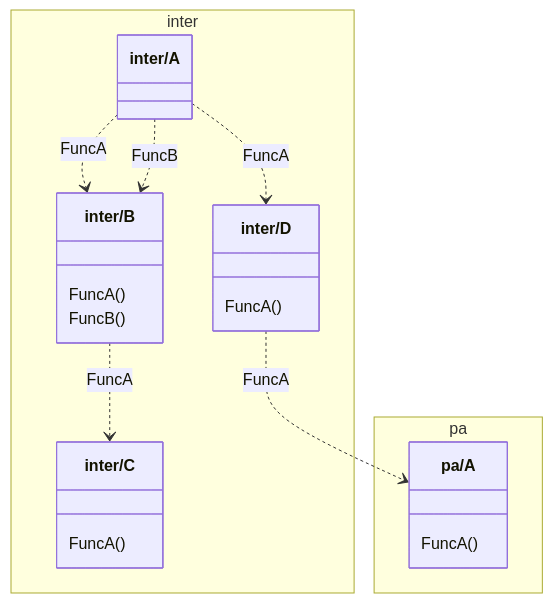
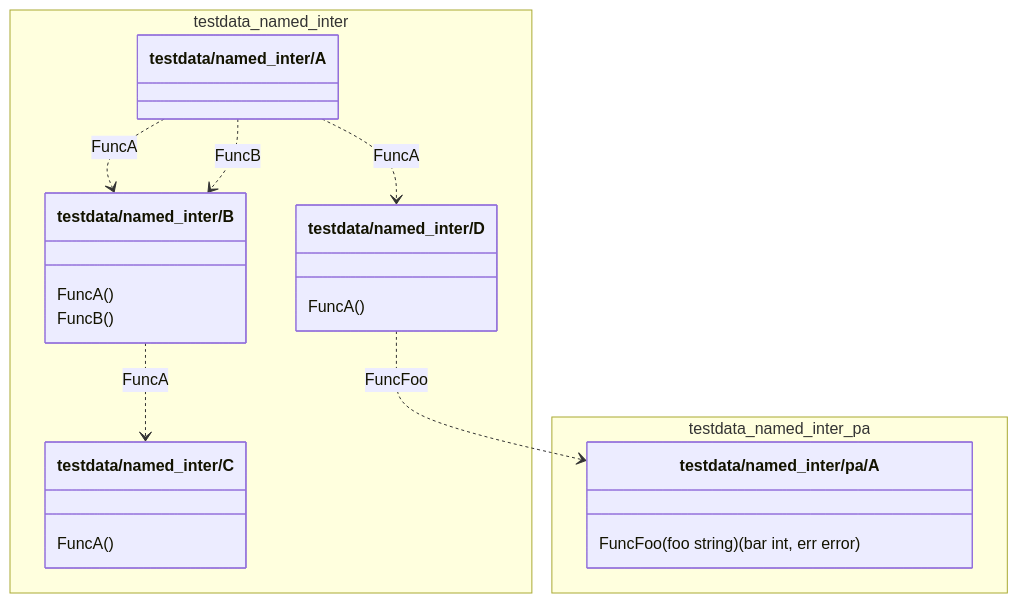
Before and after one commit to emilien-puget/go-dependency-graph: the second of 2 diagrams in README.md, drawn with Mermaid. The commit also changed other lines of this file and 28 other files, not shown here.

````diff
--- a/README.md
+++ b/README.md
@@ -54,34 +53,33 @@
 ```mermaid
 classDiagram
 
-    namespace inter {
-        class `inter/A` {
-        }
+  namespace testdata_named_inter {
+    class `testdata/named_inter/A`
+    class `testdata/named_inter/B` {
+      FuncA()
+      FuncB()
+    }
 
-        class `inter/B` {
-            FuncA()
-            FuncB()
-        }
+    class `testdata/named_inter/C` {
+      FuncA()
+    }
 
-        class `inter/C` {
-            FuncA()
-        }
+    class `testdata/named_inter/D` {
+      FuncA()
+    }
 
-        class `inter/D` {
-            FuncA()
-        }
+  }
+  namespace testdata_named_inter_pa {
+    class `testdata/named_inter/pa/A` {
+      FuncFoo(foo string) (bar int, err error)
+    }
 
-    }
-    namespace pa {
-        class `pa/A` {
-            FuncA()
-        }
+  }
+  `testdata/named_inter/A` ..> `testdata/named_inter/B`: FuncA
+  `testdata/named_inter/A` ..> `testdata/named_inter/B`: FuncB
+  `testdata/named_inter/A` ..> `testdata/named_inter/D`: FuncA
+  `testdata/named_inter/B` ..> `testdata/named_inter/C`: FuncA
+  `testdata/named_inter/D` ..> `testdata/named_inter/pa/A`: FuncFoo
 
-    }
-    `inter/A` ..> `inter/B`: FuncA
-    `inter/A` ..> `inter/B`: FuncB
-    `inter/A` ..> `inter/D`: FuncA
-    `inter/B` ..> `inter/C`: FuncA
-    `inter/D` ..> `pa/A`: FuncA
 
 ```
````
